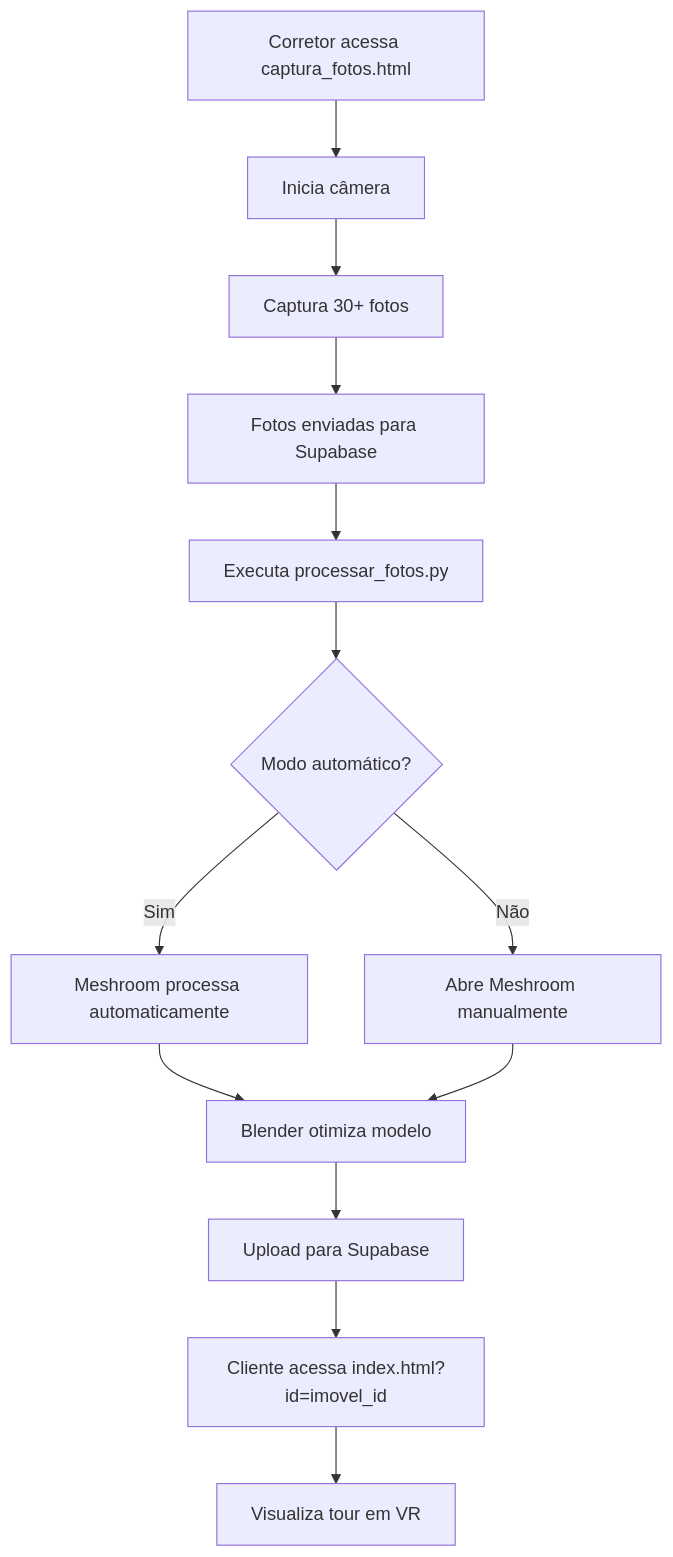
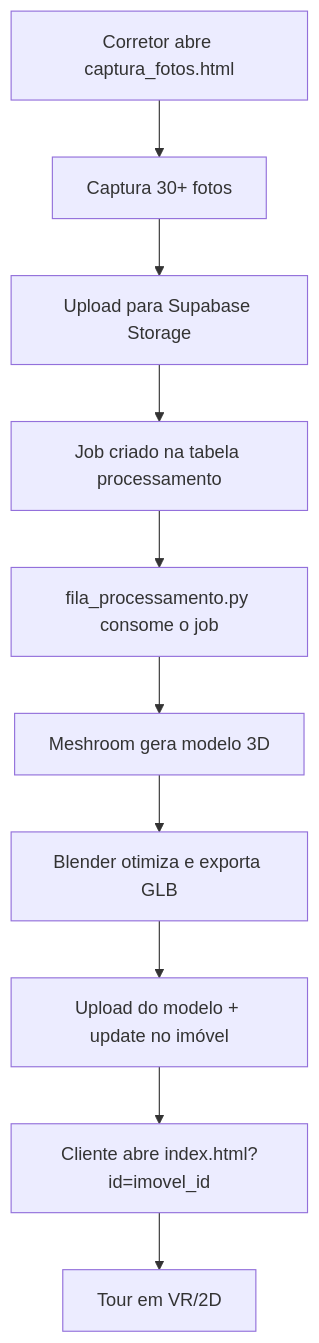
Before and after one commit to LuisFelipeSeabra/project-imob: the diagram in docs/EXPLICACAO_CODIGO.md, drawn with Mermaid. The commit also changed other lines of this file and 4 other files, not shown here.

````diff
--- a/docs/EXPLICACAO_CODIGO.md
+++ b/docs/EXPLICACAO_CODIGO.md
@@ -313,15 +181,12 @@
 ```mermaid
 graph TD
-    A[Corretor acessa captura_fotos.html] --> B[Inicia câmera]
-    B --> C[Captura 30+ fotos]
-    C --> D[Fotos enviadas para Supabase]
-    D --> E[Executa processar_fotos.py]
-    E --> F{Modo automático?}
-    F -->|Sim| G[Meshroom processa automaticamente]
-    F -->|Não| H[Abre Meshroom manualmente]
-    G --> I[Blender otimiza modelo]
-    H --> I
-    I --> J[Upload para Supabase]
-    J --> K[Cliente acessa index.html?id=imovel_id]
-    K --> L[Visualiza tour em VR]
+    A[Corretor abre captura_fotos.html] --> B[Captura 30+ fotos]
+    B --> C[Upload para Supabase Storage]
+    C --> D[Job criado na tabela processamento]
+    D --> E[fila_processamento.py consome o job]
+    E --> F[Meshroom gera modelo 3D]
+    F --> G[Blender otimiza e exporta GLB]
+    G --> H[Upload do modelo + update no imóvel]
+    H --> I[Cliente abre index.html?id=imovel_id]
+    I --> J[Tour em VR/2D]
 ```
````
